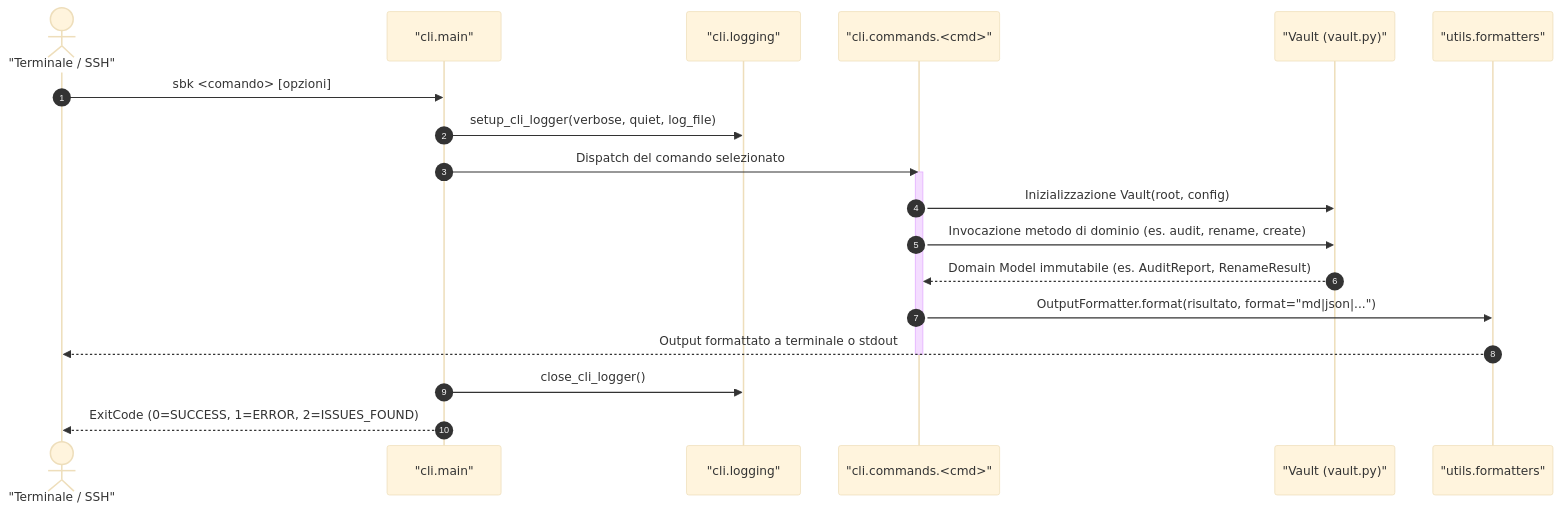
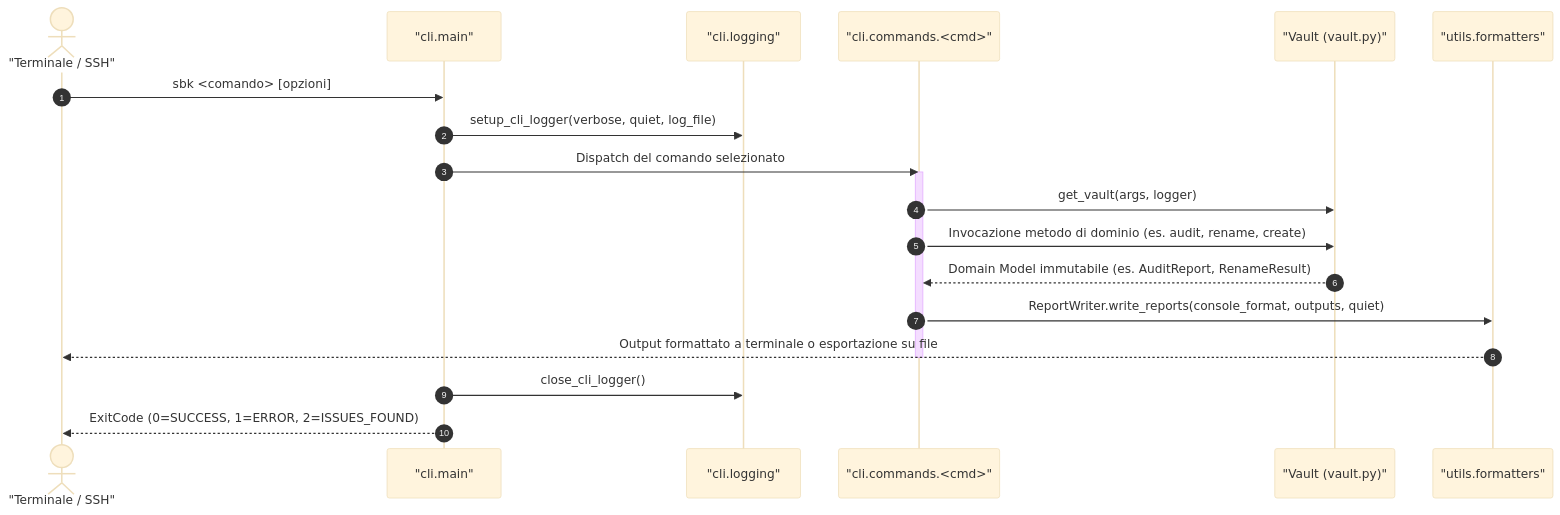
One commit to lucadileo9/second-brain-keeper changed the diagram in docs/cli/overview.md. Above: the diagram before and after it, drawn with Mermaid (base theme). The commit also changed other lines of this file, not shown here.

````diff
--- a/docs/cli/overview.md
+++ b/docs/cli/overview.md
@@ -11,23 +11,23 @@
 ```mermaid
 sequenceDiagram
     autonumber
     actor Utente as "Terminale / SSH"
     participant Main as "cli.main"
     participant Logger as "cli.logging"
     participant Handler as "cli.commands.<cmd>"
     participant Facade as "Vault (vault.py)"
     participant Formatter as "utils.formatters"
 
     Utente->>Main: sbk <comando> [opzioni]
     Main->>Logger: setup_cli_logger(verbose, quiet, log_file)
     Main->>Handler: Dispatch del comando selezionato
     activate Handler
-    Handler->>Facade: Inizializzazione Vault(root, config)
+    Handler->>Facade: get_vault(args, logger)
     Handler->>Facade: Invocazione metodo di dominio (es. audit, rename, create)
     Facade-->>Handler: Domain Model immutabile (es. AuditReport, RenameResult)
-    Handler->>Formatter: OutputFormatter.format(risultato, format="md|json|...")
-    Formatter-->>Utente: Output formattato a terminale o stdout
+    Handler->>Formatter: ReportWriter.write_reports(console_format, outputs, quiet)
+    Formatter-->>Utente: Output formattato a terminale o esportazione su file
     deactivate Handler
     Main->>Logger: close_cli_logger()
     Main-->>Utente: ExitCode (0=SUCCESS, 1=ERROR, 2=ISSUES_FOUND)
 ```
````
